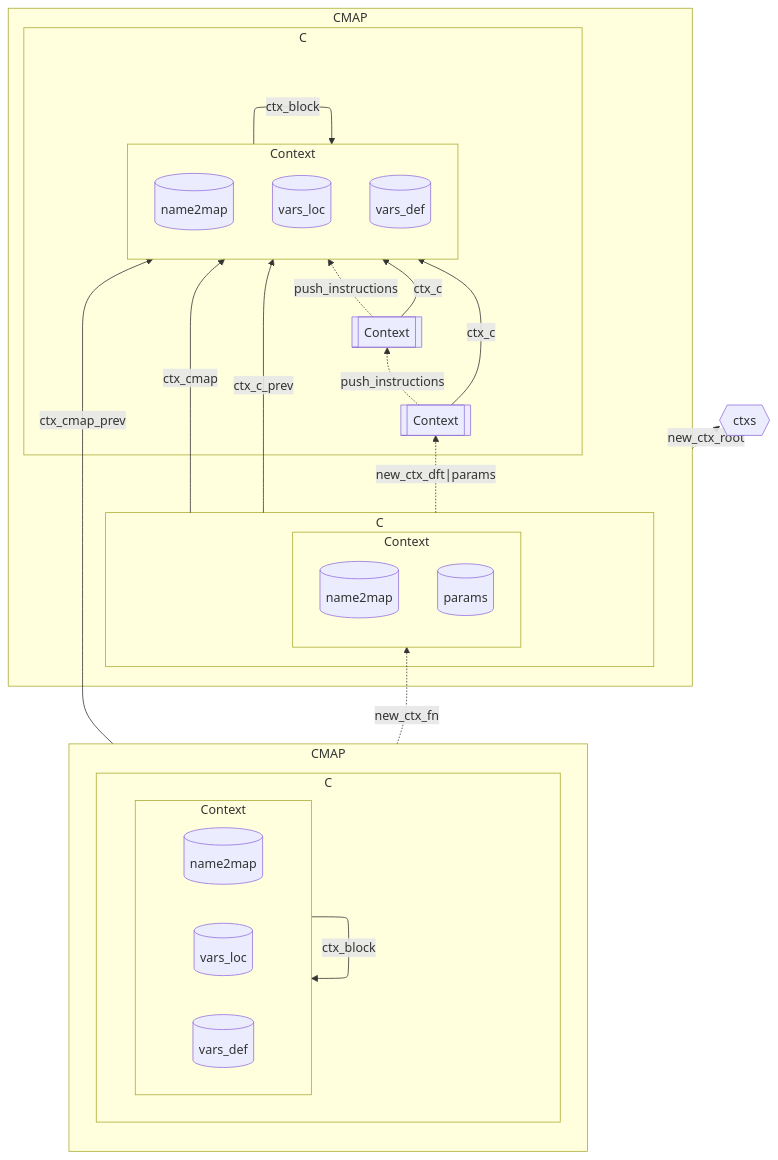
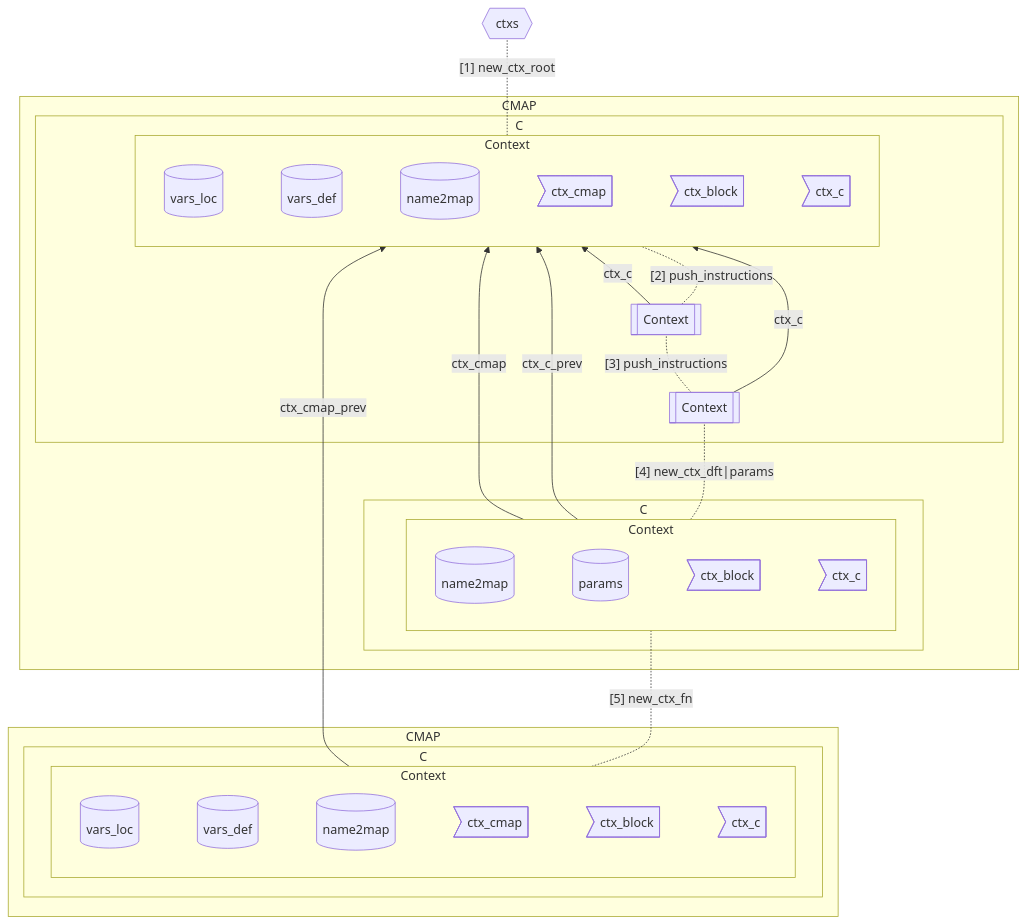
The first of 2 diagrams in src/tool/README.md (denischanc/cmap), drawn with Mermaid before and after one commit.

Commit message:
Update tool doc.

````diff
--- a/src/tool/README.md
+++ b/src/tool/README.md
@@ -6,44 +6,56 @@
 ```mermaid
 flowchart BT
   ctxs{{ctxs}}
   subgraph cmap1 [CMAP]
     subgraph c11 [C]
       subgraph ctx111 [Context]
-        name2map111[(name2map)]
+        direction LR
         vars_loc111[(vars_loc)]
         vars_def111[(vars_def)]
+        name2map111[(name2map)]
+        ctx_cmap111>ctx_cmap]
+        ctx_block111>ctx_block]
+        ctx_c111>ctx_c]
+        vars_loc111 ~~~ vars_def111 ~~~ name2map111 ~~~ ctx_cmap111
+        ctx_cmap111 ~~~ ctx_block111 ~~~ ctx_c111
       end
       ctx112[[Context]]
       ctx113[[Context]]
-      ctx112 -. push_instructions .-> ctx111
-      ctx113 -. push_instructions .-> ctx112
-      ctx111 -- ctx_cmap --> ctx111
-      ctx111 -- ctx_block --> ctx111
       ctx112 -- ctx_c --> ctx111
       ctx113 -- ctx_c --> ctx111
+      ctx112 -. "[2] push_instructions" .- ctx111
+      ctx113 -. "[3] push_instructions" .- ctx112
     end
     subgraph c12 [C]
       subgraph ctx121 [Context]
+        direction LR
         name2map121[(name2map)]
         params121[(params)]
+        ctx_block121>ctx_block]
+        ctx_c121>ctx_c]
+        name2map121 ~~~ params121 ~~~ ctx_block121 ~~~ ctx_c121
       end
     end
-    c12 -- ctx_cmap --> ctx111
-    c12 -- ctx_c_prev --> ctx111
-    c12 -. new_ctx_dft|params .-> ctx113
+    ctx121 -- ctx_cmap --> ctx111
+    ctx121 -- ctx_c_prev --> ctx111
+    ctx121 -. "[4] new_ctx_dft|params" .- ctx113
   end
   subgraph cmap2 [CMAP]
     subgraph c21 [C]
       subgraph ctx211 [Context]
-        name2map211[(name2map)]
+        direction LR
         vars_loc211[(vars_loc)]
         vars_def211[(vars_def)]
+        name2map211[(name2map)]
+        ctx_cmap211>ctx_cmap]
+        ctx_block211>ctx_block]
+        ctx_c211>ctx_c]
+        vars_loc211 ~~~ vars_def211 ~~~ name2map211 ~~~ ctx_cmap211
+        ctx_cmap211 ~~~ ctx_block211 ~~~ ctx_c211
       end
-      ctx211 -- ctx_cmap --> ctx211
-      ctx211 -- ctx_block --> ctx211
     end
   end
-  cmap2 -- ctx_cmap_prev --> ctx111
-  cmap1 -. new_ctx_root .-> ctxs
-  cmap2 -. new_ctx_fn .-> ctx121
+  ctx211 -- ctx_cmap_prev --> ctx111
+  ctx111 -. "[1] new_ctx_root" .- ctxs
+  ctx211 -. "[5] new_ctx_fn" .- ctx121
 ```
````
